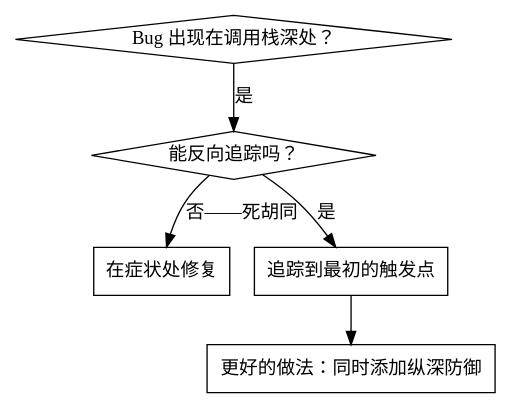
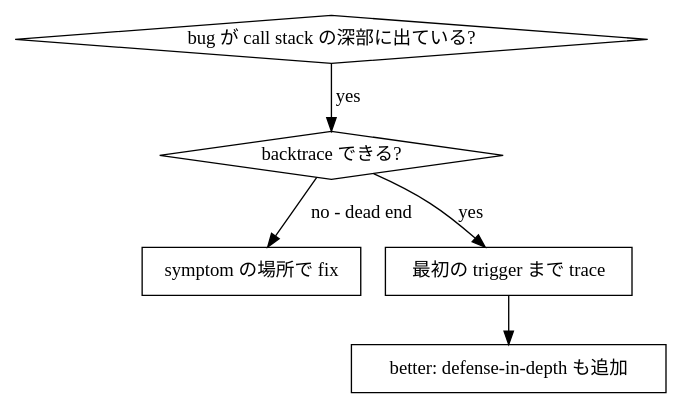
The first of 2 diagrams in skills/systematic-debugging/root-cause-tracing.md (sscodeai/superpowers-ja), drawn with Graphviz before and after one commit. The commit also changed other lines of this file and 5 other files, not shown here.

````diff
--- a/skills/systematic-debugging/root-cause-tracing.md
+++ b/skills/systematic-debugging/root-cause-tracing.md
@@ -11,14 +11,14 @@
 ```dot
 digraph when_to_use {
-    "Bug 出现在调用栈深处？" [shape=diamond];
-    "能反向追踪吗？" [shape=diamond];
-    "在症状处修复" [shape=box];
-    "追踪到最初的触发点" [shape=box];
-    "更好的做法：同时添加纵深防御" [shape=box];
+    "bug が call stack の深部に出ている?" [shape=diamond];
+    "backtrace できる?" [shape=diamond];
+    "symptom の場所で fix" [shape=box];
+    "最初の trigger まで trace" [shape=box];
+    "better: defense-in-depth も追加" [shape=box];
 
-    "Bug 出现在调用栈深处？" -> "能反向追踪吗？" [label="是"];
-    "能反向追踪吗？" -> "追踪到最初的触发点" [label="是"];
-    "能反向追踪吗？" -> "在症状处修复" [label="否——死胡同"];
-    "追踪到最初的触发点" -> "更好的做法：同时添加纵深防御";
+    "bug が call stack の深部に出ている?" -> "backtrace できる?" [label="yes"];
+    "backtrace できる?" -> "最初の trigger まで trace" [label="yes"];
+    "backtrace できる?" -> "symptom の場所で fix" [label="no - dead end"];
+    "最初の trigger まで trace" -> "better: defense-in-depth も追加";
 }
 ```
````
